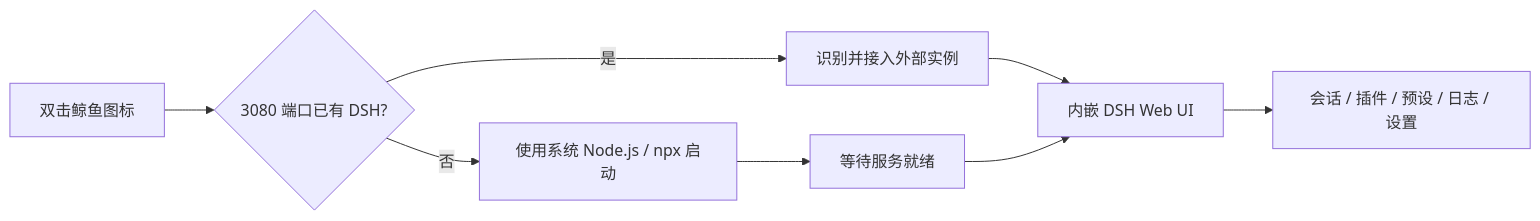
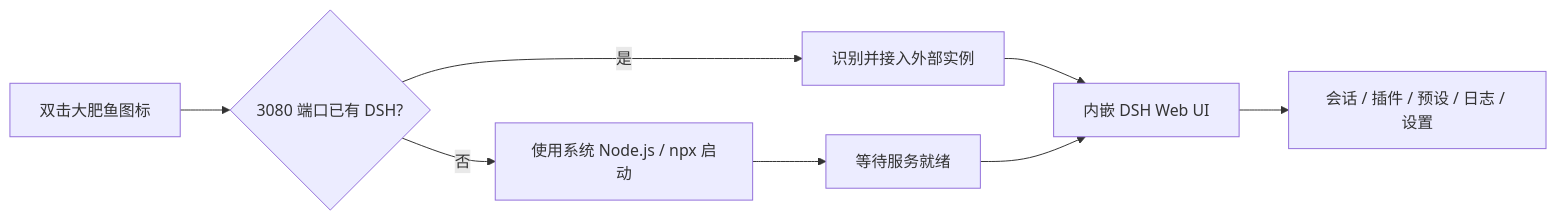
One commit to luocuiyu/deepseek-harness-manager changed the diagram in README.md. Above: the diagram before and after it, drawn with Mermaid. The commit also changed other lines of this file and 24 other files, not shown here.

Commit message:
feat: 软件更名大肥鱼并替换应用图标

````diff
--- a/README.md
+++ b/README.md
@@ -61,10 +69,10 @@
 ```mermaid
 flowchart LR
-    A["双击鲸鱼图标"] --> B{"3080 端口已有 DSH?"}
+    A["双击大肥鱼图标"] --> B{"3080 端口已有 DSH?"}
     B -- "否" --> C["使用系统 Node.js / npx 启动"]
     B -- "是" --> D["识别并接入外部实例"]
     C --> E["等待服务就绪"]
     D --> F["内嵌 DSH Web UI"]
     E --> F
     F --> G["会话 / 插件 / 预设 / 日志 / 设置"]
 ```
````
